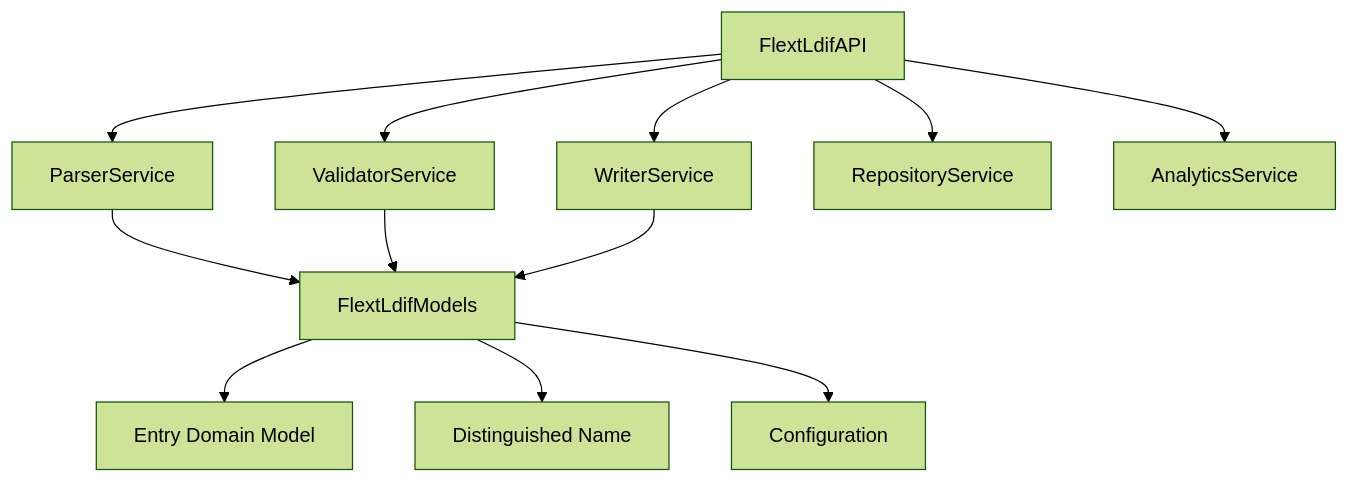
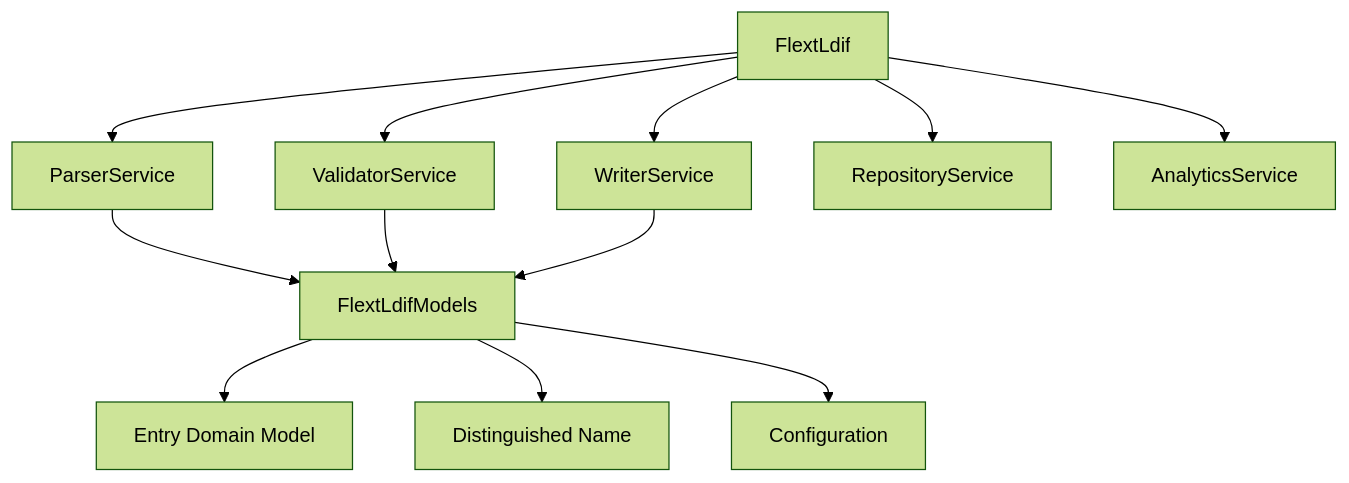
One commit to flext-sh/flext-ldif changed the diagram in README.md. Above: the diagram before and after it, drawn with Mermaid (forest theme). The commit also changed 56 other files, not shown here.

````diff
--- a/README.md
+++ b/README.md
@@ -129,16 +129,16 @@
 ```mermaid
 graph TB
-    API[FlextLdifAPI] --> Parser[ParserService]
+    API[FlextLdif] --> Parser[ParserService]
     API --> Validator[ValidatorService]
     API --> Writer[WriterService]
     API --> Repository[RepositoryService]
     API --> Analytics[AnalyticsService]
 
     Parser --> Models[FlextLdifModels]
     Validator --> Models
     Writer --> Models
 
     Models --> Entry[Entry Domain Model]
     Models --> DN[Distinguished Name]
     Models --> Config[Configuration]
 ```
````
